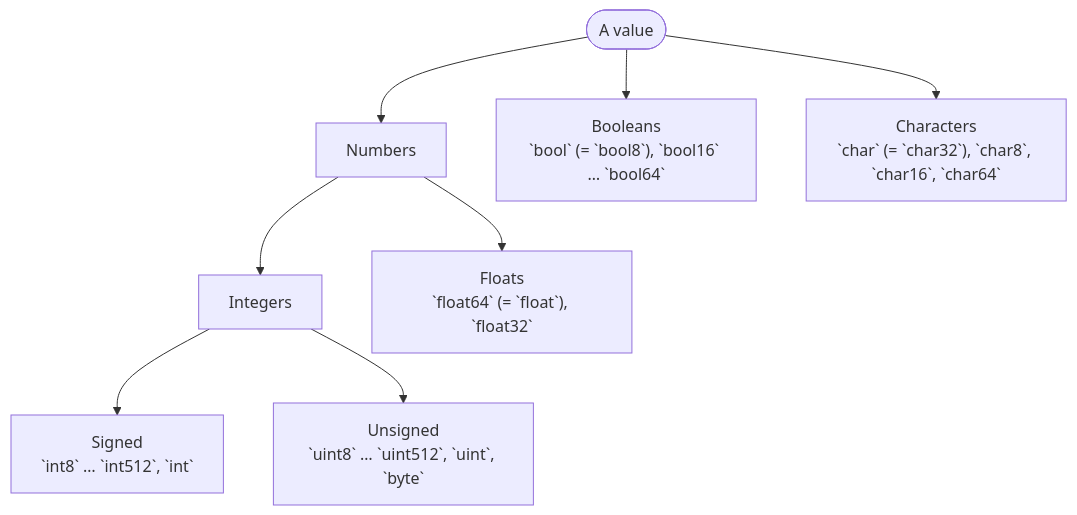
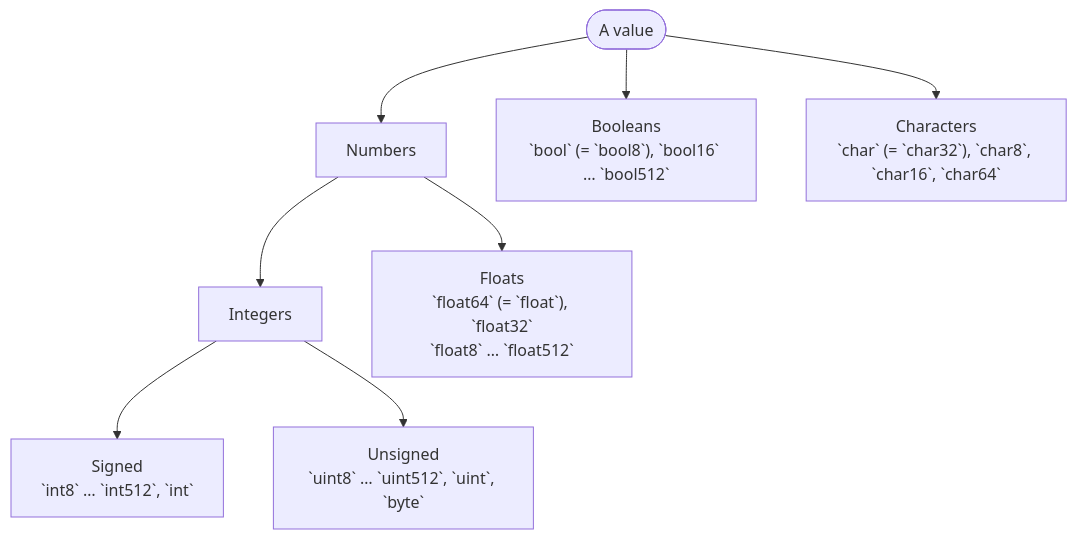
One commit to rux-lang/Web changed the diagram in content/docs/1.learn/01.basics/00.index.md. Above: the diagram before and after it, drawn with Mermaid. The commit also changed 17 other files, not shown here.

First line of the commit message:
Document float8 to float512 and bool128 to bool512 as implemented

````diff
--- a/content/docs/1.learn/01.basics/00.index.md
+++ b/content/docs/1.learn/01.basics/00.index.md
@@ -24,10 +24,10 @@
 ```mermaid
 flowchart TB
     v(["A value"]) --> num["Numbers"]
-    v --> b["Booleans<br/>`bool` (= `bool8`), `bool16` … `bool64`"]
+    v --> b["Booleans<br/>`bool` (= `bool8`), `bool16` … `bool512`"]
     v --> c["Characters<br/>`char` (= `char32`), `char8`, `char16`, `char64`"]
     num --> i["Integers"]
-    num --> f["Floats<br/>`float64` (= `float`), `float32`"]
+    num --> f["Floats<br/>`float64` (= `float`), `float32`<br/>`float8` … `float512`"]
     i --> s["Signed<br/>`int8` … `int512`, `int`"]
     i --> u["Unsigned<br/>`uint8` … `uint512`, `uint`, `byte`"]
 ```
````
